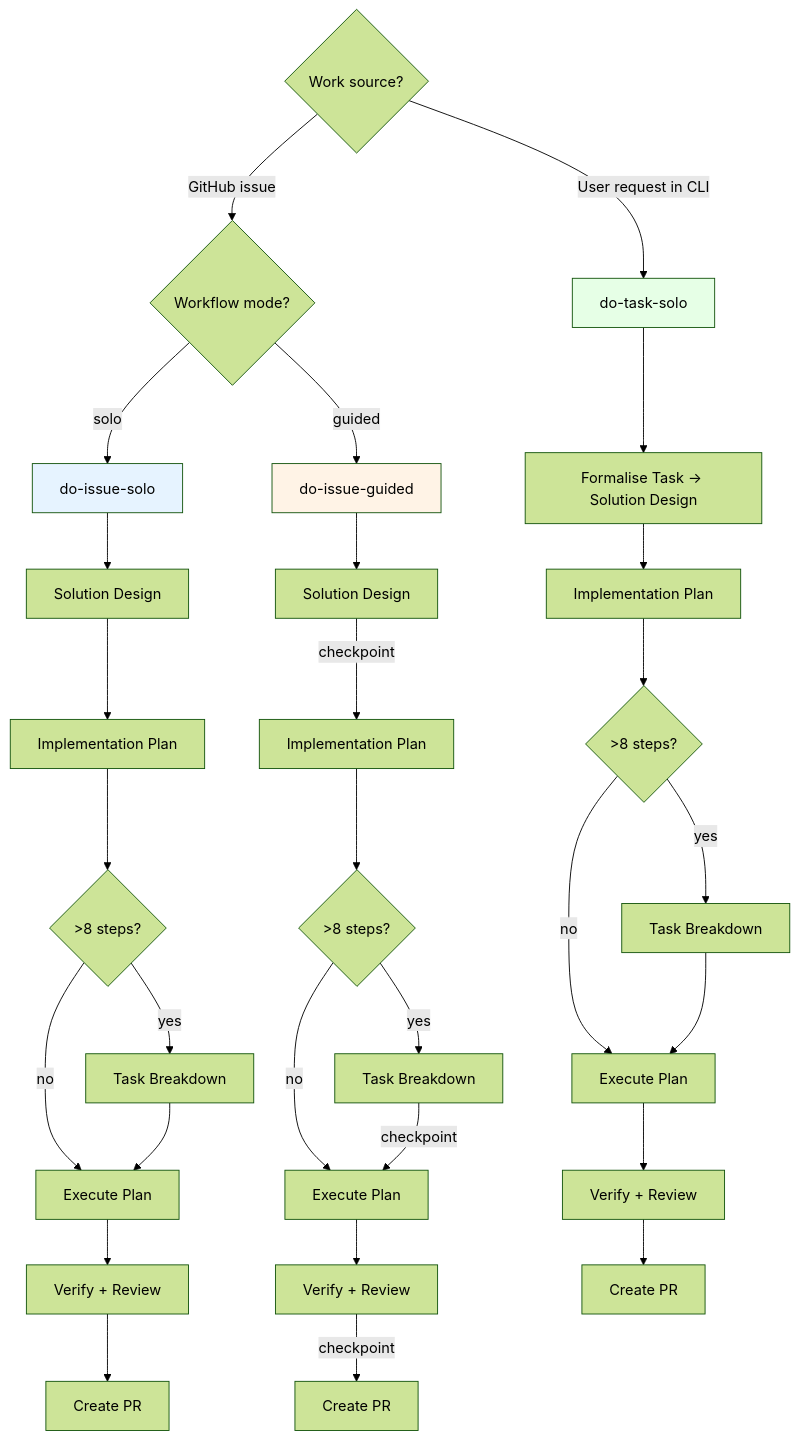
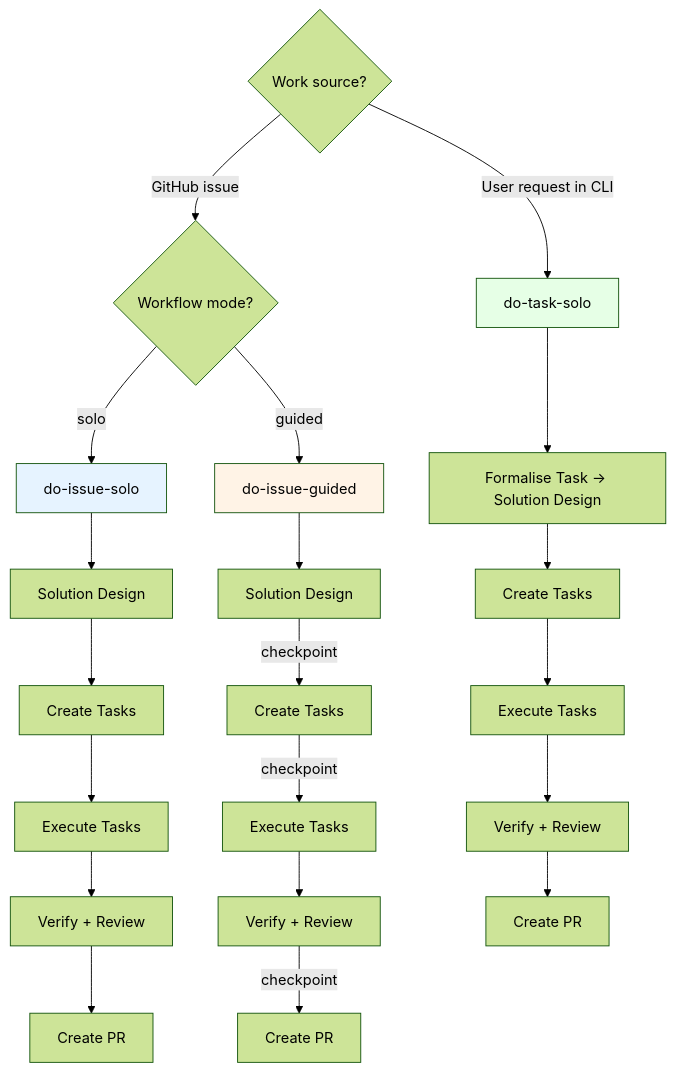
The second of 2 diagrams in docs/architecture.md (thermiteau/maverick), drawn with Mermaid (forest theme) before and after one commit. The commit also changed other lines of this file and 160 other files, not shown here.

````diff
--- a/docs/architecture.md
+++ b/docs/architecture.md
@@ -65,38 +65,32 @@
 ```mermaid
 flowchart TD
     SOURCE{"Work source?"}
 
     SOURCE -->|"GitHub issue"| ISSUEMODE{"Workflow mode?"}
     SOURCE -->|"User request in CLI"| TASK["do-task-solo"]
 
     ISSUEMODE -->|"solo"| SOLO["do-issue-solo"]
     ISSUEMODE -->|"guided"| GUIDED["do-issue-guided"]
 
     SOLO --> SD1["Solution Design"]
-    SD1 --> IP1["Implementation Plan"]
-    IP1 --> SCOPE1{">8 steps?"}
-    SCOPE1 -->|"no"| EXEC1["Execute Plan"]
-    SCOPE1 -->|"yes"| TB1["Task Breakdown"] --> EXEC1
+    SD1 --> CT1["Create Tasks"]
+    CT1 --> EXEC1["Execute Tasks"]
     EXEC1 --> VERIFY1["Verify + Review"]
     VERIFY1 --> PR1["Create PR"]
 
     GUIDED --> SD2["Solution Design"]
-    SD2 -->|"checkpoint"| IP2["Implementation Plan"]
-    IP2 --> SCOPE2{">8 steps?"}
-    SCOPE2 -->|"no"| EXEC2["Execute Plan"]
-    SCOPE2 -->|"yes"| TB2["Task Breakdown"] -->|"checkpoint"| EXEC2
+    SD2 -->|"checkpoint"| CT2["Create Tasks"]
+    CT2 -->|"checkpoint"| EXEC2["Execute Tasks"]
     EXEC2 --> VERIFY2["Verify + Review"]
     VERIFY2 -->|"checkpoint"| PR2["Create PR"]
 
     TASK --> SD3["Formalise Task → Solution Design"]
-    SD3 --> IP3["Implementation Plan"]
-    IP3 --> SCOPE3{">8 steps?"}
-    SCOPE3 -->|"no"| EXEC3["Execute Plan"]
-    SCOPE3 -->|"yes"| TB3["Task Breakdown"] --> EXEC3
+    SD3 --> CT3["Create Tasks"]
+    CT3 --> EXEC3["Execute Tasks"]
     EXEC3 --> VERIFY3["Verify + Review"]
     VERIFY3 --> PR3["Create PR"]
 
     style SOLO fill:#e6f3ff
     style GUIDED fill:#fff3e6
     style TASK fill:#e6ffe6
 ```
````
